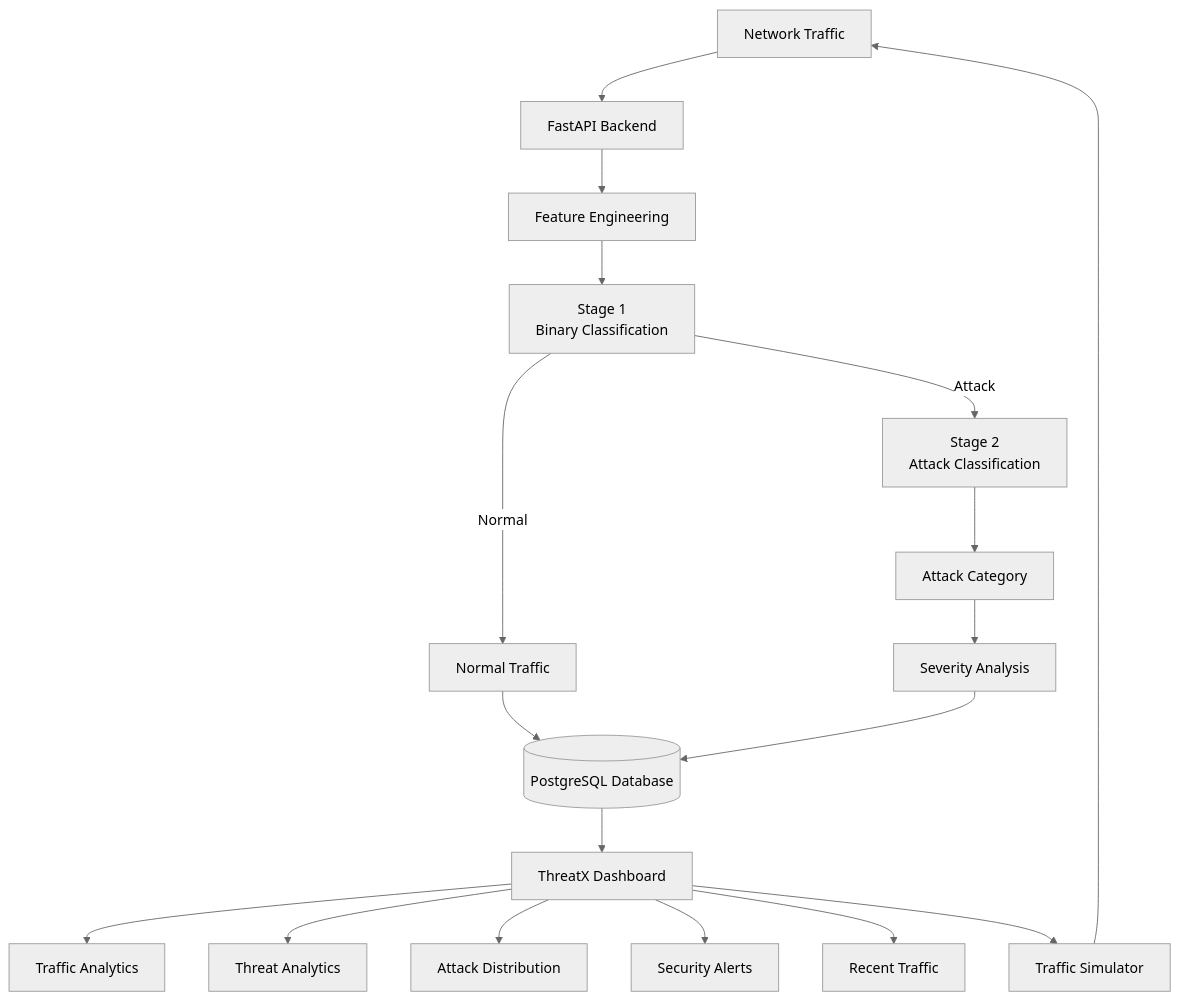
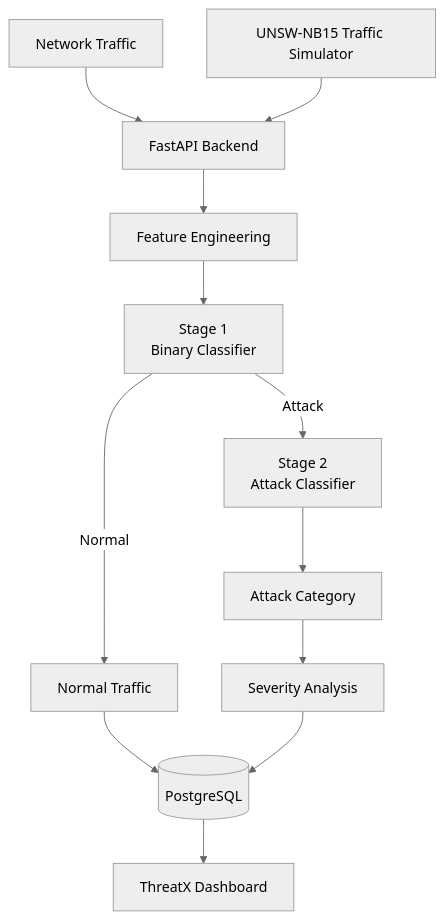
The diagram in README.md (debnathkaushik79-svg/ThreatX), drawn with Mermaid (neutral theme) before and after one commit. The commit also changed other lines of this file, not shown here.

````diff
--- a/README.md
+++ b/README.md
@@ -39,30 +62,25 @@
 ```mermaid
 flowchart TD
+
     A[Network Traffic] --> B[FastAPI Backend]
 
     B --> C[Feature Engineering]
 
-    C --> D[Stage 1<br/>Binary Classification]
+    C --> D[Stage 1<br/>Binary Classifier]
 
     D -->|Normal| E[Normal Traffic]
 
-    D -->|Attack| F[Stage 2<br/>Attack Classification]
+    D -->|Attack| F[Stage 2<br/>Attack Classifier]
 
     F --> G[Attack Category]
 
     G --> H[Severity Analysis]
 
-    E --> I[(PostgreSQL Database)]
+    E --> I[(PostgreSQL)]
+
     H --> I
 
     I --> J[ThreatX Dashboard]
 
-    J --> K[Traffic Analytics]
-    J --> L[Threat Analytics]
-    J --> M[Attack Distribution]
-    J --> N[Security Alerts]
-    J --> O[Recent Traffic]
-
-    P[Traffic Simulator] --> A
-    J --> P
+    K[UNSW-NB15 Traffic Simulator] --> B
 ```
````
